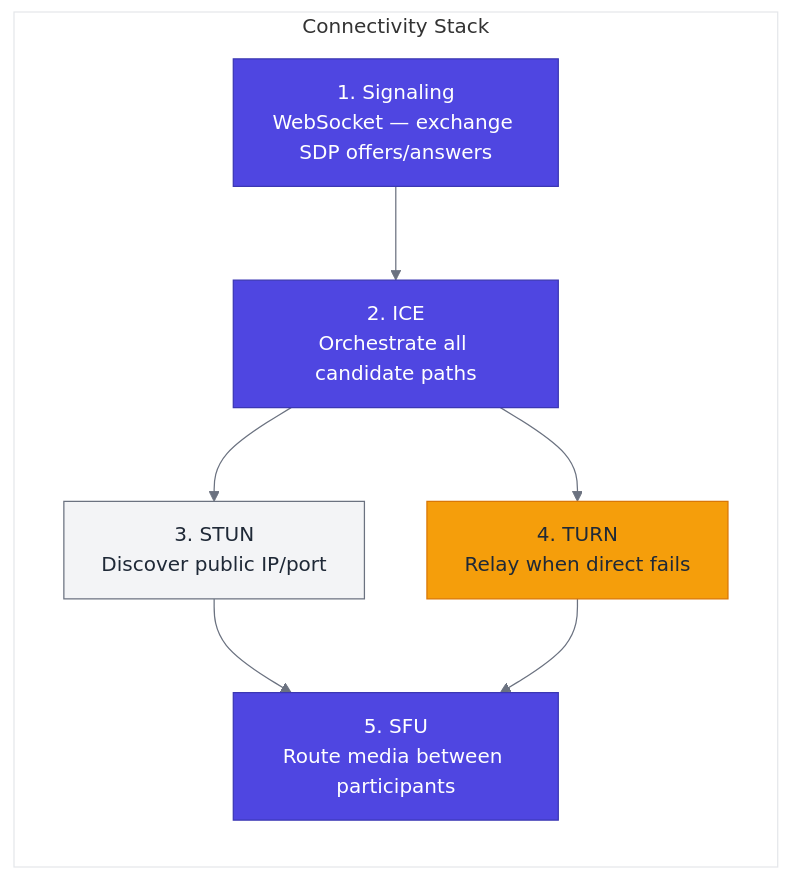
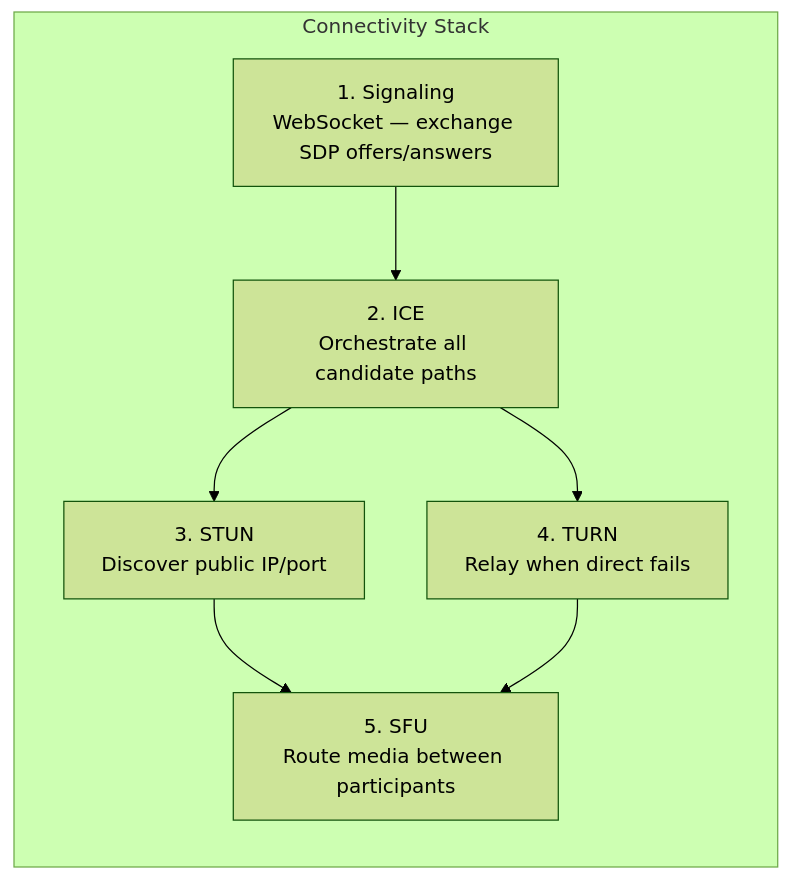
The second of 4 diagrams in docs/architecture/webrtc-connectivity.md (bedrud-ir/bedrud), drawn with Mermaid before and after one commit. The commit also changed other lines of this file and 9 other files, not shown here.

Commit message:
update mermaid diagrams to use forest theme for consistent rendering

````diff
--- a/docs/architecture/webrtc-connectivity.md
+++ b/docs/architecture/webrtc-connectivity.md
@@ -60,35 +50,18 @@
 ```mermaid
-%%{init: {'themeVariables': {
-  'primaryColor': '#4F46E1',
-  'primaryTextColor': '#FFFFFF',
-  'primaryBorderColor': '#3B37B3',
-  'lineColor': '#6B7280',
-  'secondaryColor': '#F3F4F6',
-  'tertiaryColor': '#E5E7EB',
-  'background': '#FFFFFF',
-  'mainBkg': '#EEF2FF',
-  'nodeBorder': '#3B37B3'
-}}}%%
+%%{init: {'theme': 'forest'}}%%
 flowchart TB
     subgraph Layers["Connectivity Stack"]
         direction TB
         SIG["1. Signaling<br/>WebSocket — exchange SDP offers/answers"]
         ICE["2. ICE<br/>Orchestrate all candidate paths"]
         STUN["3. STUN<br/>Discover public IP/port"]
         TURN["4. TURN<br/>Relay when direct fails"]
         SFU["5. SFU<br/>Route media between participants"]
     end
 
     SIG --> ICE
     ICE --> STUN
     ICE --> TURN
     STUN --> SFU
     TURN --> SFU
-
-    style SIG fill:#4F46E1,stroke:#3B37B3,color:#FFFFFF
-    style ICE fill:#4F46E1,stroke:#3B37B3,color:#FFFFFF
-    style STUN fill:#F3F4F6,stroke:#6B7280,color:#1F2937
-    style TURN fill:#F59E0B,stroke:#D97706,color:#1F2937
-    style SFU fill:#4F46E1,stroke:#3B37B3,color:#FFFFFF
-    style Layers fill:#FFFFFF,stroke:#E5E7EB
 ```
````
